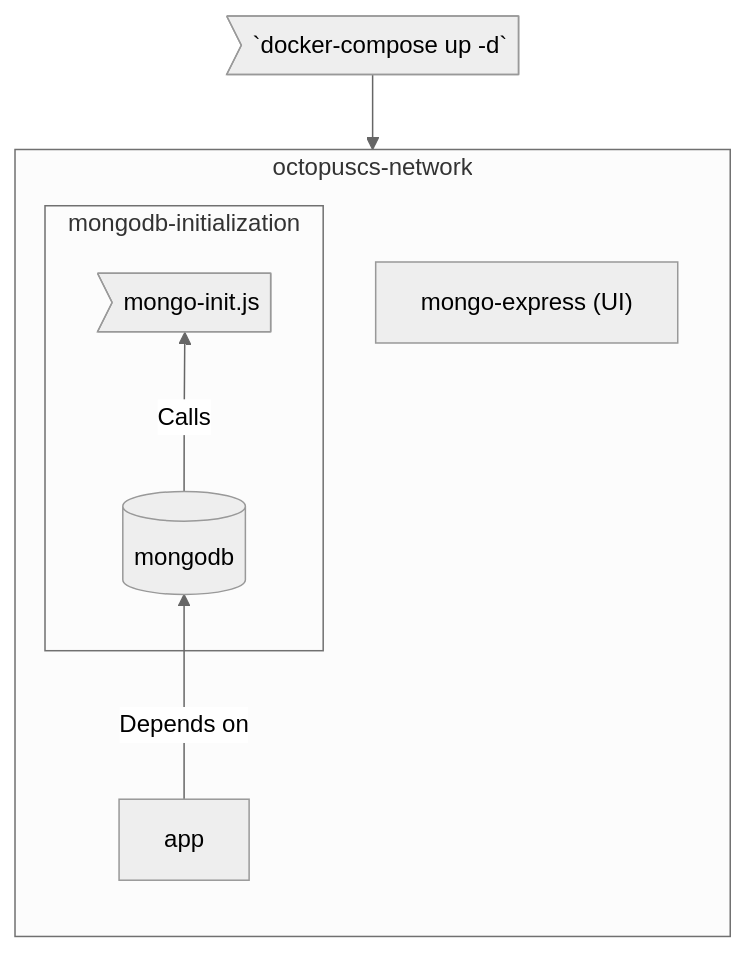
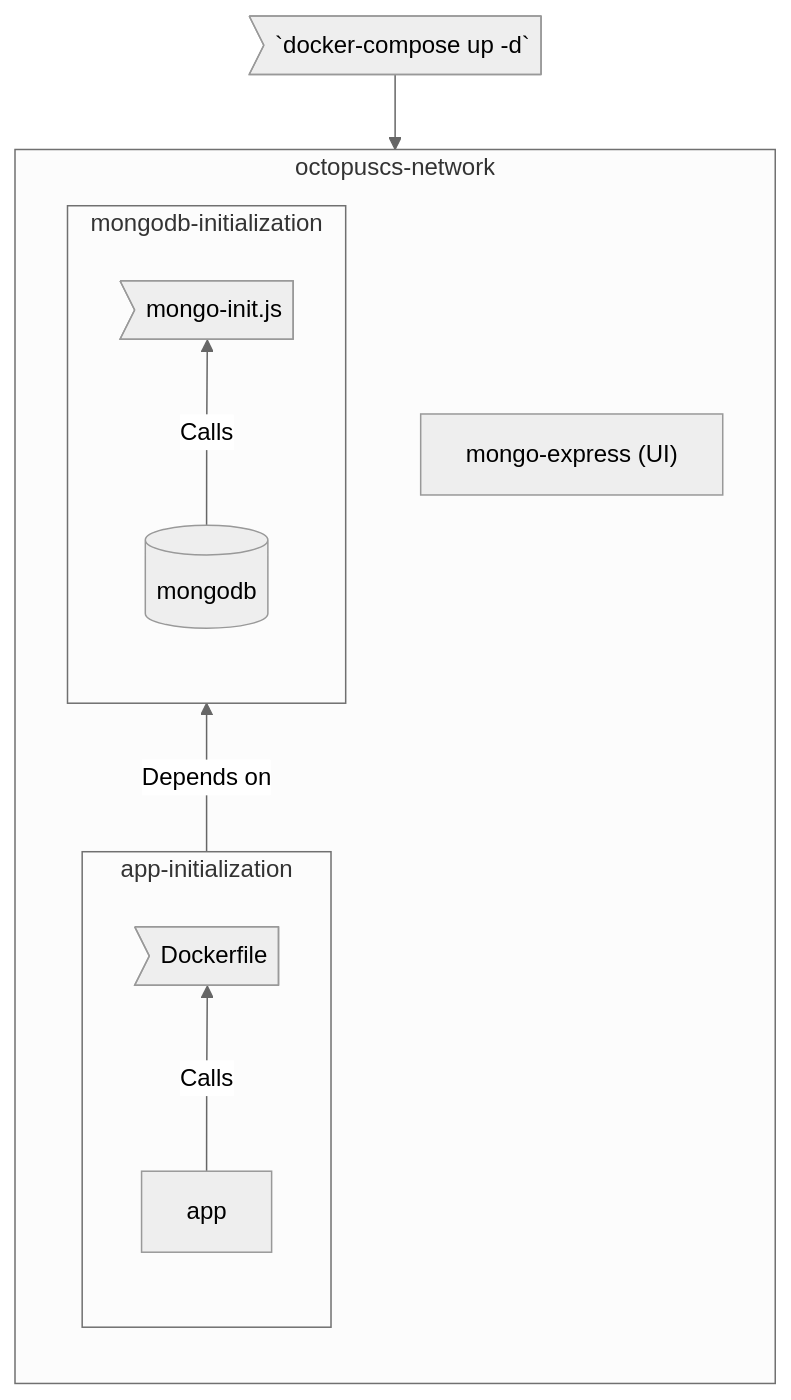
The second of 2 diagrams in README.md (taljacob2/octopuscs), drawn with Mermaid (neutral theme) before and after one commit.

Commit message:
Add Dockerfile To Flowchart

````diff
--- a/README.md
+++ b/README.md
@@ -41,13 +41,21 @@
 ```mermaid
 flowchart TD
     compose>`docker-compose up -d`] --> octopuscs-network[octopuscs network]
 
     subgraph octopuscs-network
     direction BT
         subgraph mongodb-initialization
+        direction BT
             mongodb[(mongodb)] --> |Calls| mongo-init>mongo-init.js]
         end
+
         mongo-express["mongo-express (UI)"]
-        app -->|Depends on| mongodb
+
+        subgraph app-initialization
+        direction BT
+            app --> |Calls| dockerfile>Dockerfile]
+        end
+
+        app-initialization -->|Depends on| mongodb-initialization
     end
 ```
````
